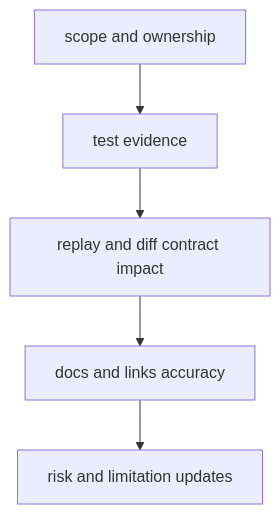
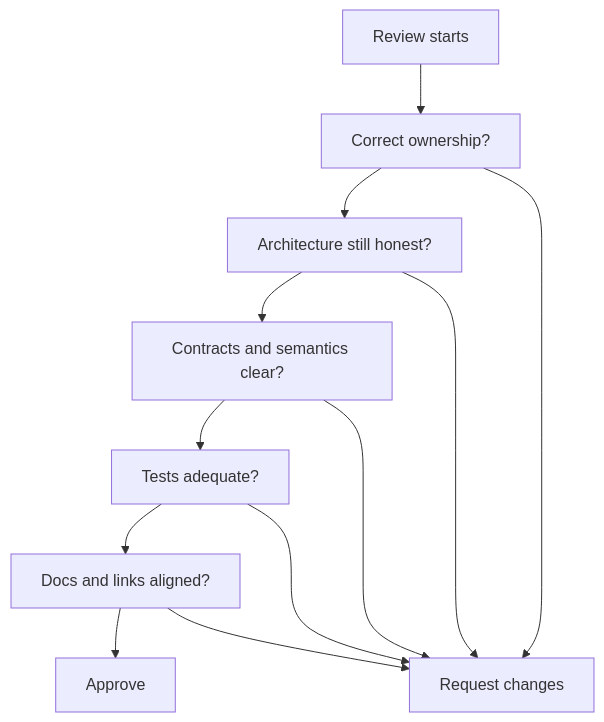
Before and after one commit to bijux/bijux-cli: the diagram in docs/bijux-dag/quality/review-checklist.md, drawn with Mermaid.

Commit message:
docs(bijux-dag): convert review checklist visual into reviewer decision tree

````diff
--- a/docs/bijux-dag/quality/review-checklist.md
+++ b/docs/bijux-dag/quality/review-checklist.md
@@ -17,7 +17,14 @@
 ```mermaid
 flowchart TD
-    scope[scope and ownership] --> tests[test evidence]
-    tests --> contracts[replay and diff contract impact]
-    contracts --> docs[docs and links accuracy]
-    docs --> risk[risk and limitation updates]
+    review[Review starts] --> ownership[Correct ownership?]
+    ownership --> architecture[Architecture still honest?]
+    architecture --> contracts[Contracts and semantics clear?]
+    contracts --> tests[Tests adequate?]
+    tests --> docs[Docs and links aligned?]
+    docs --> approve[Approve]
+    ownership --> request[Request changes]
+    architecture --> request
+    contracts --> request
+    tests --> request
+    docs --> request
 ```
````
